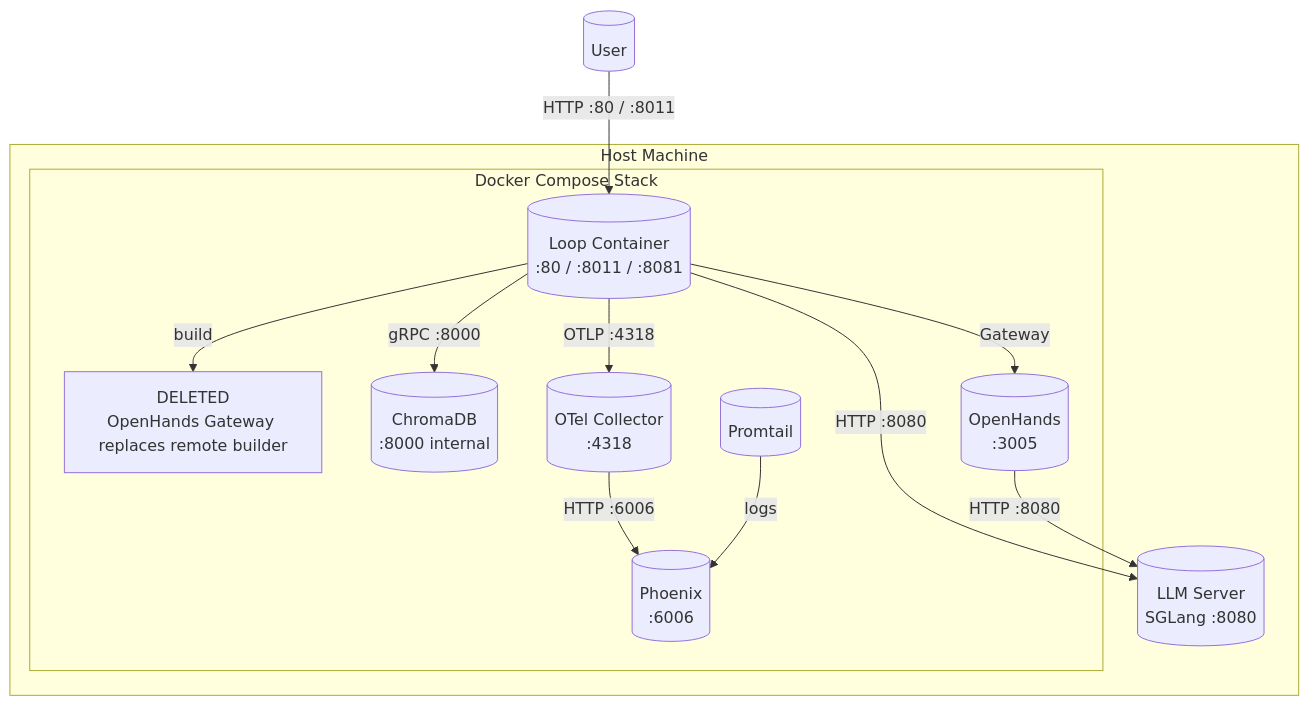
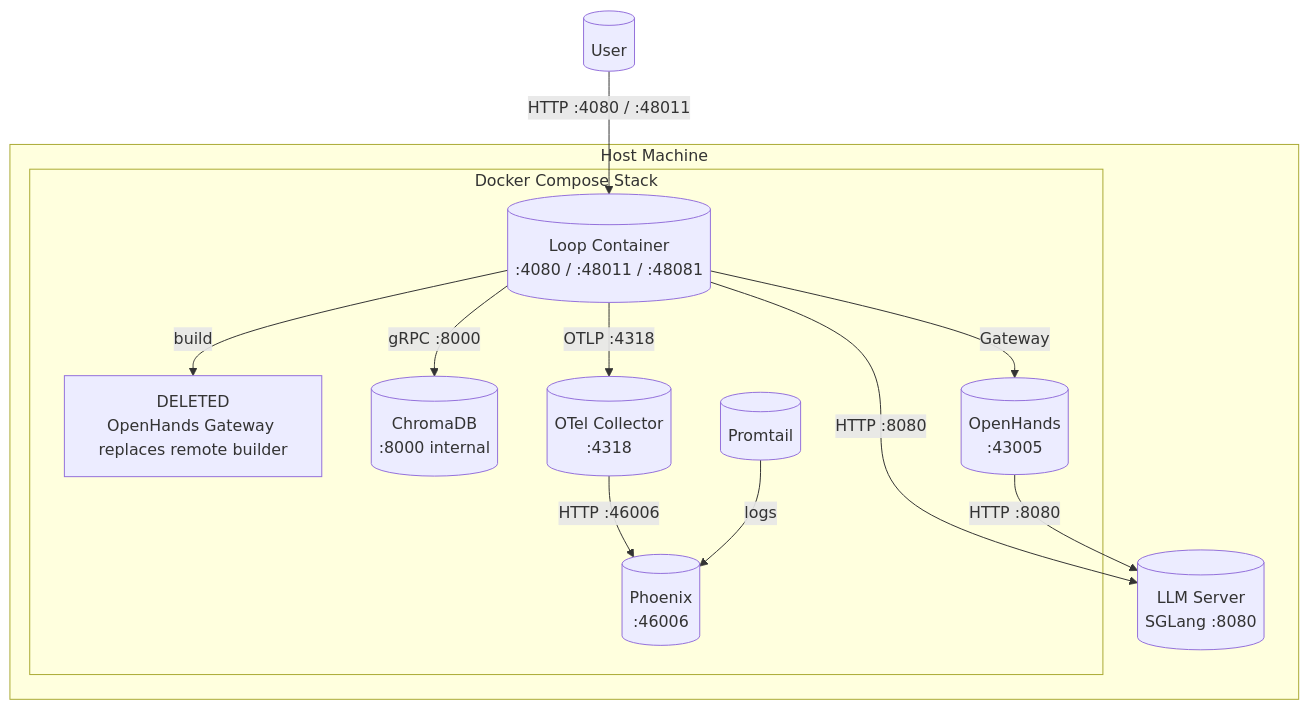
The fourth of 4 diagrams in README.md (terrygzhou/loop_engineering_factory), drawn with Mermaid before and after one commit. The commit also changed other lines of this file and 17 other files, not shown here.

````diff
--- a/README.md
+++ b/README.md
@@ -168,28 +168,28 @@
 ```mermaid
 graph TB
     U[("User")]
 
     subgraph Host["Host Machine"]
         LLM_C[("LLM Server<br/>SGLang :8080")]
 
         subgraph DockerStack["Docker Compose Stack"]
-            LC[("Loop Container<br/>:80 / :8011 / :8081")]
+            LC[("Loop Container<br/>:4080 / :48011 / :48081")]
             BLD["DELETED<br/>OpenHands Gateway replaces remote builder"]
             CC[("ChromaDB<br/>:8000 internal")]
             OC[("OTel Collector<br/>:4318")]
-            PH[("Phoenix<br/>:6006")]
-            OH[("OpenHands<br/>:3005")]
+            PH[("Phoenix<br/>:46006")]
+            OH[("OpenHands<br/>:43005")]
             PT[("Promtail")]
         end
     end
 
-    U -->|"HTTP :80 / :8011"| LC
+    U -->|"HTTP :4080 / :48011"| LC
     LC -->|"gRPC :8000"| CC
     LC -->|"OTLP :4318"| OC
     LC -->|"HTTP :8080"| LLM_C
     LC -->|"Gateway"| OH
     LC -->|"build"| BLD
     OH -->|"HTTP :8080"| LLM_C
-    OC -->|"HTTP :6006"| PH
+    OC -->|"HTTP :46006"| PH
     PT -->|"logs"| PH
 ```
````
